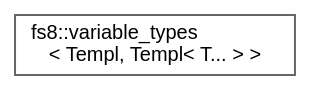
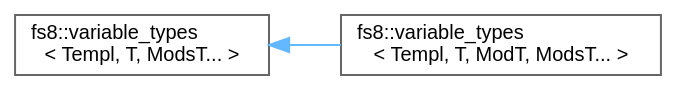
Before and after one commit to the-moisrex/foresight: the diagram in api/inherit_graph_116.dot, drawn with Graphviz. The commit also changed 257 other files, not shown here.

```diff
--- a/api/inherit_graph_116.dot
+++ b/api/inherit_graph_116.dot
@@ -1,9 +1,11 @@
 digraph "Graphical Class Hierarchy"
 {
  // LATEX_PDF_SIZE
   bgcolor="transparent";
   edge [fontname=Helvetica,fontsize=10,labelfontname=Helvetica,labelfontsize=10];
   node [fontname=Helvetica,fontsize=10,shape=box,height=0.2,width=0.4];
   rankdir="LR";
-  Node0 [id="Node000000",label="fs8::variable_types\l\< Templ, Templ\< T... \> \>",height=0.2,width=0.4,color="grey40", fillcolor="white", style="filled",URL="$structfs8_1_1variable__types_3_01Templ_00_01Templ_3_01T_8_8_8_01_4_01_4.html",tooltip=" "];
+  Node0 [id="Node000000",label="fs8::variable_types\l\< Templ, T, ModsT... \>",height=0.2,width=0.4,color="grey40", fillcolor="white", style="filled",URL="$structfs8_1_1variable__types.html",tooltip=" "];
+  Node0 -> Node1 [id="edge97_Node000000_Node000001",dir="back",color="steelblue1",style="solid",tooltip=" "];
+  Node1 [id="Node000001",label="fs8::variable_types\l\< Templ, T, ModT, ModsT... \>",height=0.2,width=0.4,color="grey40", fillcolor="white", style="filled",URL="$structfs8_1_1variable__types_3_01Templ_00_01T_00_01ModT_00_01ModsT_8_8_8_01_4.html",tooltip=" "];
 }
```
